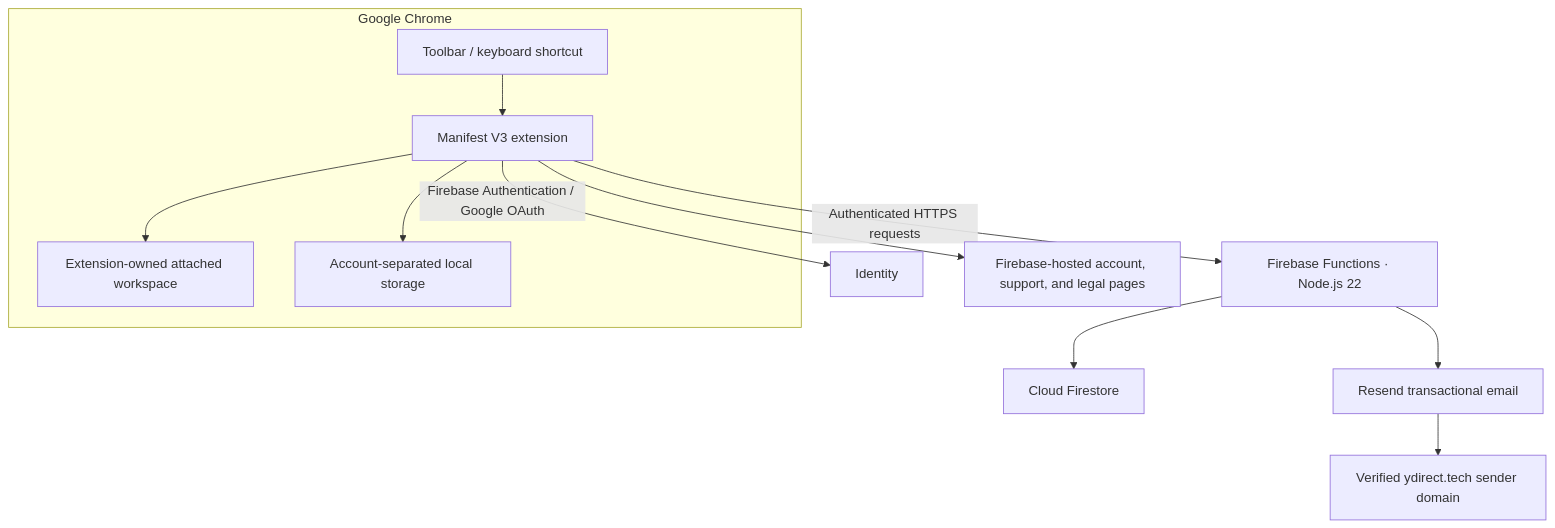
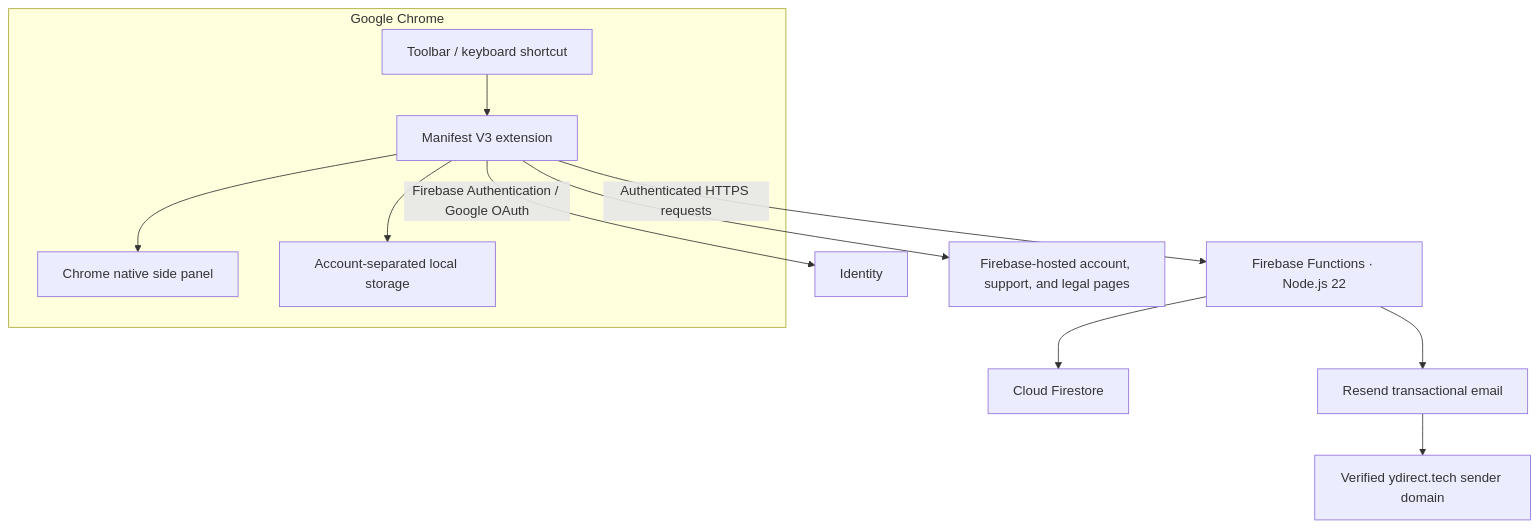
One commit to abhay-yemekar/ydirect changed the diagram in docs/ARCHITECTURE.md. Above: the diagram before and after it, drawn with Mermaid. The commit also changed other lines of this file and 14 other files, not shown here.

````diff
--- a/docs/ARCHITECTURE.md
+++ b/docs/ARCHITECTURE.md
@@ -7,15 +7,15 @@
 ```mermaid
 flowchart TB
     subgraph Browser["Google Chrome"]
         T["Toolbar / keyboard shortcut"] --> M["Manifest V3 extension"]
-        M --> P["Extension-owned attached workspace"]
+        M --> P["Chrome native side panel"]
         M --> S["Account-separated local storage"]
     end
 
     M -->|"Firebase Authentication / Google OAuth"| I["Identity"]
     M -->|"Authenticated HTTPS requests"| F["Firebase Functions · Node.js 22"]
     F --> D["Cloud Firestore"]
     F --> R["Resend transactional email"]
     M --> H["Firebase-hosted account, support, and legal pages"]
     R --> C["Verified ydirect.tech sender domain"]
 ```
````
